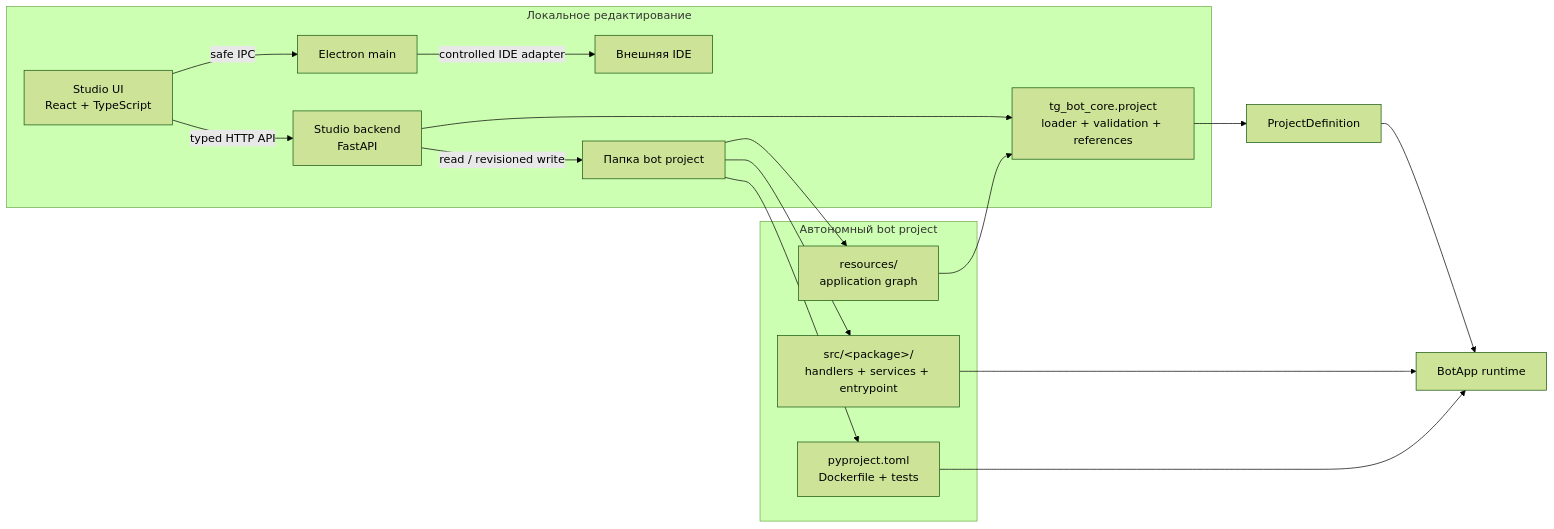
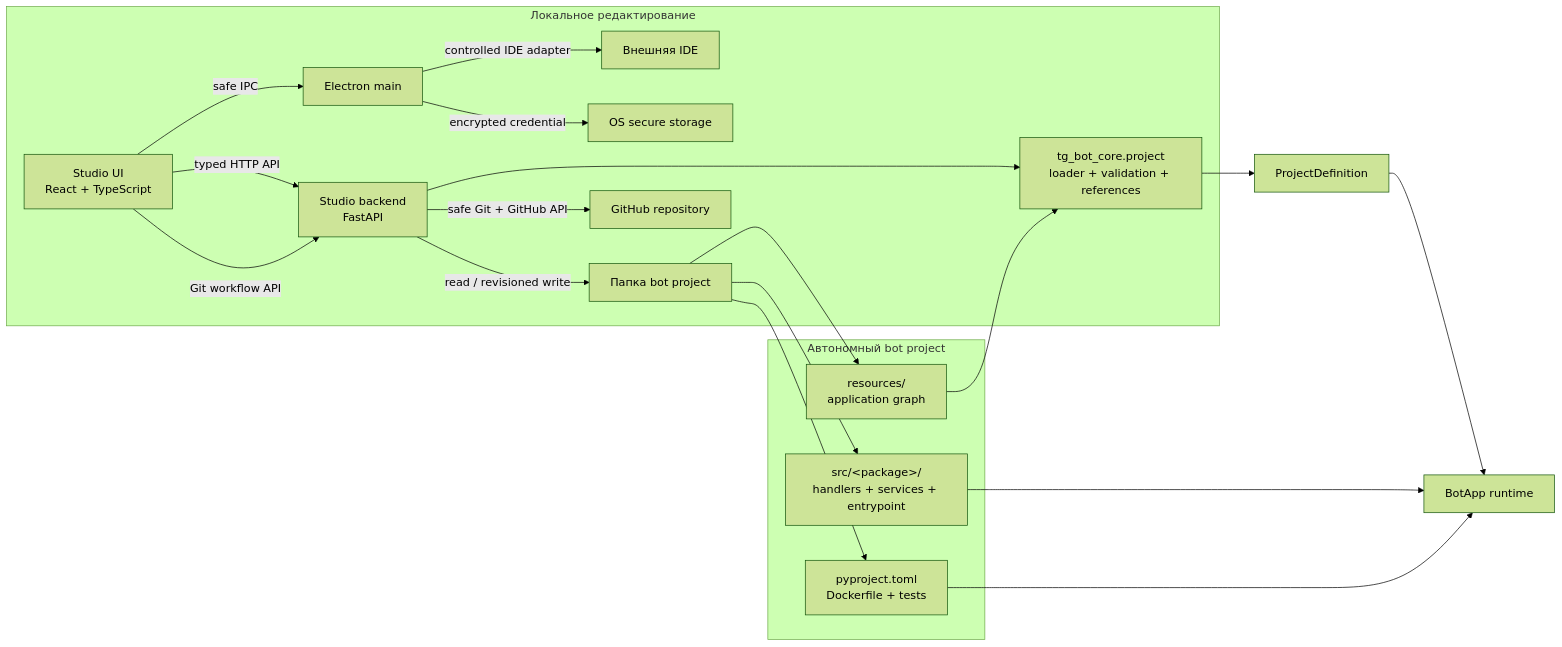
The first of 3 diagrams in docs/architecture/overview.md (SnailCap/TG_bots), drawn with Mermaid (forest theme) before and after one commit. The commit also changed other lines of this file and 55 other files, not shown here.

````diff
--- a/docs/architecture/overview.md
+++ b/docs/architecture/overview.md
@@ -7,22 +7,25 @@
 ```mermaid
 flowchart LR
     subgraph Authoring["Локальное редактирование"]
         UI["Studio UI<br/>React + TypeScript"] -->|"typed HTTP API"| Backend["Studio backend<br/>FastAPI"]
         UI -->|"safe IPC"| Electron["Electron main"]
+        UI -->|"Git workflow API"| Backend
         Electron -->|"controlled IDE adapter"| IDE["Внешняя IDE"]
+        Electron -->|"encrypted credential"| SecureStore["OS secure storage"]
         Backend -->|"read / revisioned write"| Folder["Папка bot project"]
+        Backend -->|"safe Git + GitHub API"| GitHub["GitHub repository"]
         Backend --> Shared["tg_bot_core.project<br/>loader + validation + references"]
     end
 
     subgraph Project["Автономный bot project"]
         Folder --> Resources["resources/<br/>application graph"]
         Folder --> Code["src/&lt;package&gt;/<br/>handlers + services + entrypoint"]
         Folder --> Metadata["pyproject.toml<br/>Dockerfile + tests"]
     end
 
     Resources --> Shared
     Shared --> Definition["ProjectDefinition"]
     Definition --> Runtime["BotApp runtime"]
     Code --> Runtime
     Metadata --> Runtime
 ```
````
